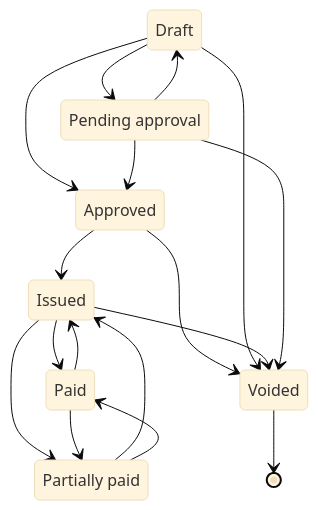
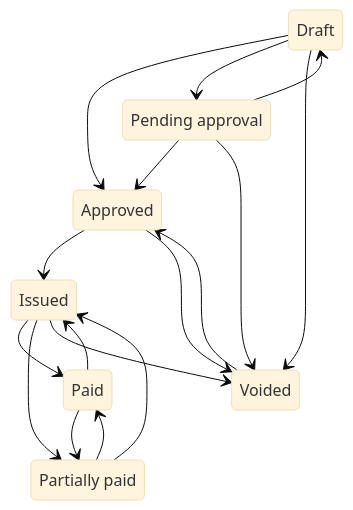
Before and after one commit to Tejesh080/Roofops: the third of 10 diagrams in docs/state-machines.md, drawn with Mermaid (base theme). The commit also changed other lines of this file and 7 other files, not shown here.

````diff
--- a/docs/state-machines.md
+++ b/docs/state-machines.md
@@ -79,26 +79,26 @@
 ```mermaid
 stateDiagram-v2
   APPROVED: Approved
   DRAFT: Draft
   ISSUED: Issued
   PAID: Paid
   PARTIALLY_PAID: Partially paid
   PENDING_APPROVAL: Pending approval
   VOIDED: Voided
   APPROVED --> ISSUED
   APPROVED --> VOIDED
   DRAFT --> APPROVED
   DRAFT --> PENDING_APPROVAL
   DRAFT --> VOIDED
   ISSUED --> PAID
   ISSUED --> PARTIALLY_PAID
   ISSUED --> VOIDED
   PAID --> ISSUED
   PAID --> PARTIALLY_PAID
   PARTIALLY_PAID --> ISSUED
   PARTIALLY_PAID --> PAID
   PENDING_APPROVAL --> APPROVED
   PENDING_APPROVAL --> DRAFT
   PENDING_APPROVAL --> VOIDED
-  VOIDED --> [*]
+  VOIDED --> APPROVED
 ```
````
